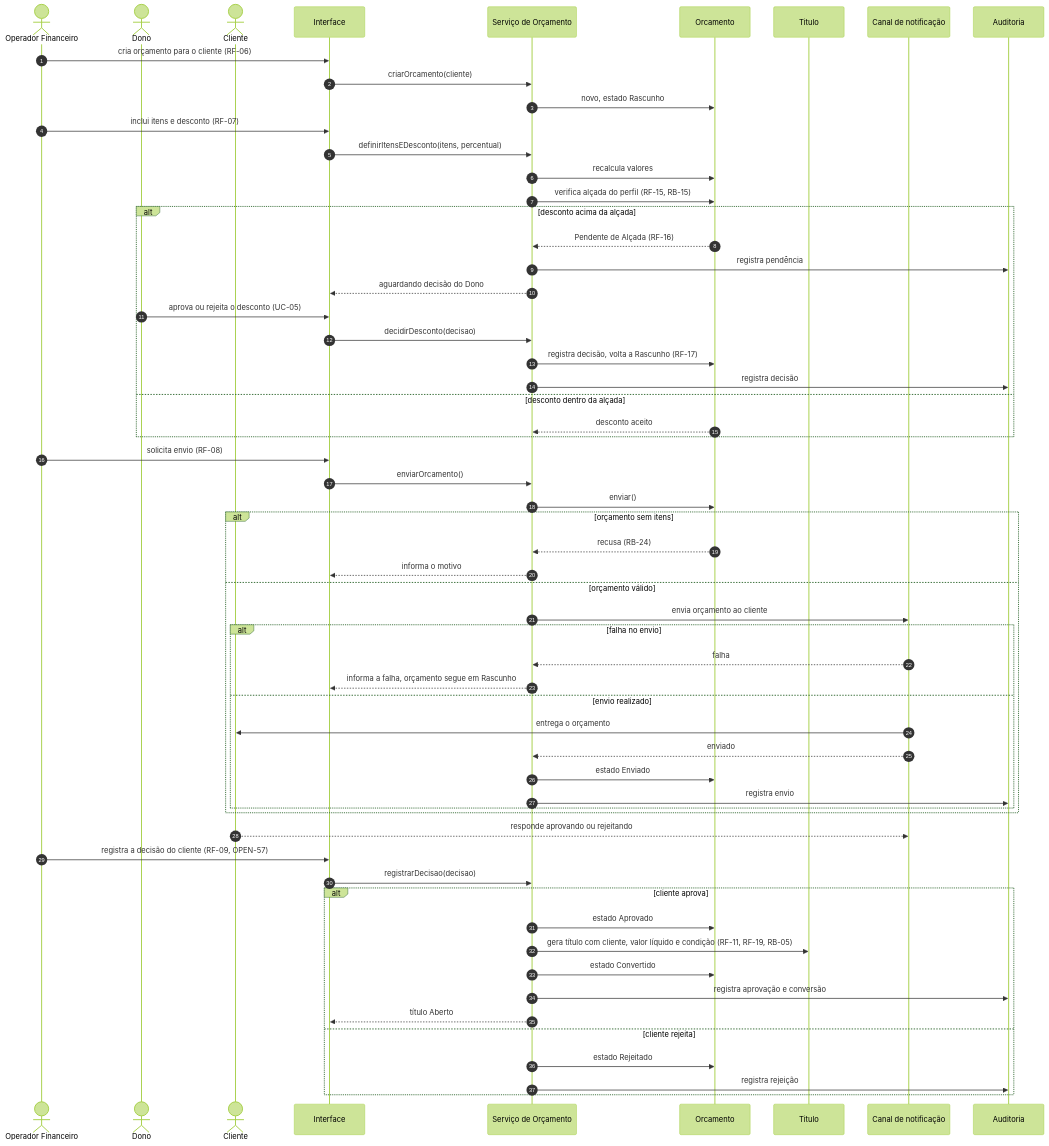
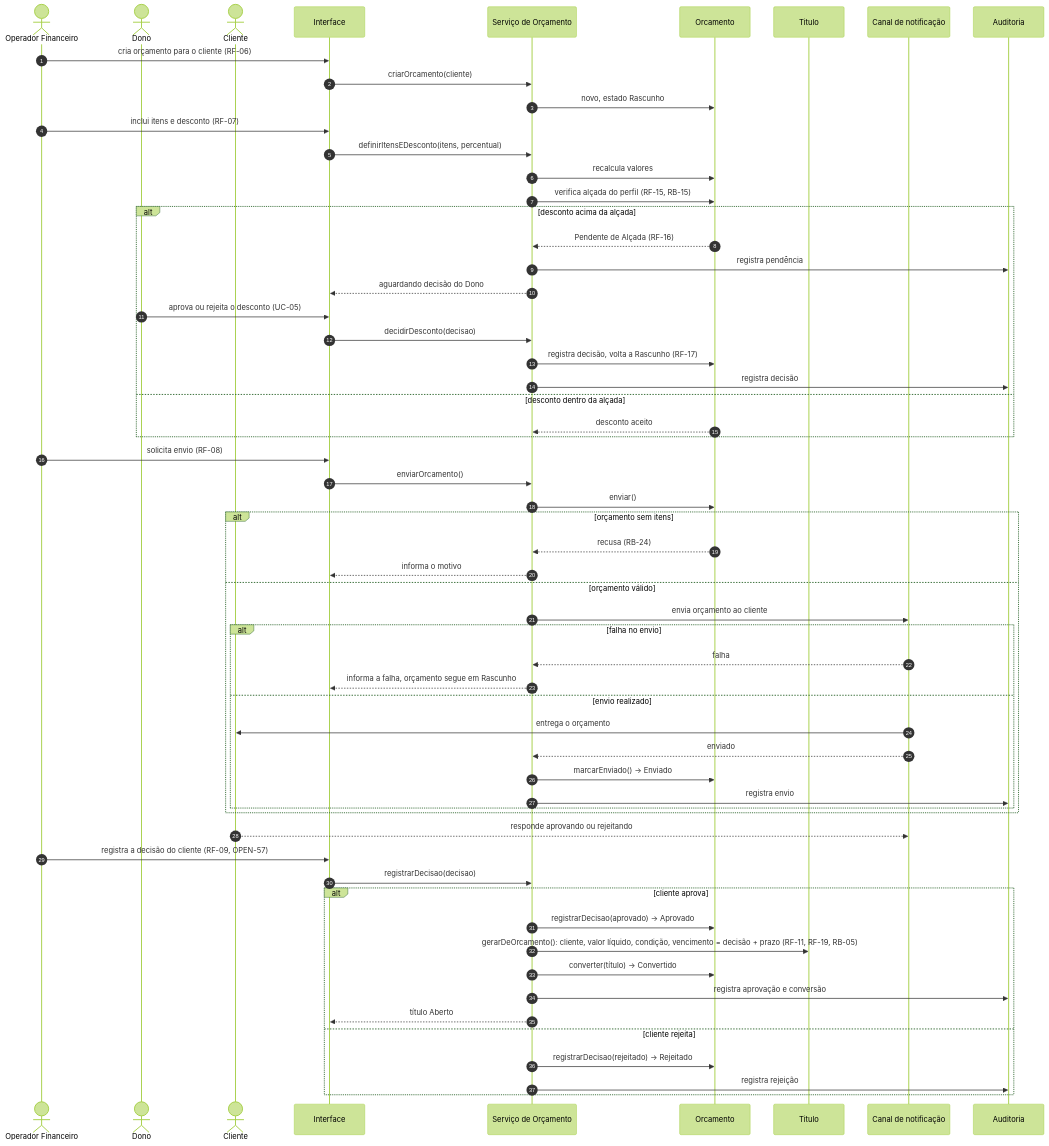
The diagram in docs/casos-de-uso/UC-04-conduzir-orcamento-ate-o-titulo.md (pedroguerra0603/Projeto_RemindMe), drawn with Mermaid (forest theme) before and after one commit. The commit also changed 13 other files, not shown here.

````diff
--- a/docs/casos-de-uso/UC-04-conduzir-orcamento-ate-o-titulo.md
+++ b/docs/casos-de-uso/UC-04-conduzir-orcamento-ate-o-titulo.md
@@ -53,68 +53,68 @@
 ```mermaid
 sequenceDiagram
     autonumber
     actor Operador as Operador Financeiro
     actor Dono
     actor Cliente
     participant UI as Interface
     participant App as Serviço de Orçamento
     participant Orc as Orcamento
     participant Tit as Titulo
     participant Canal as Canal de notificação
     participant Aud as Auditoria
 
     Operador->>UI: cria orçamento para o cliente (RF-06)
     UI->>App: criarOrcamento(cliente)
     App->>Orc: novo, estado Rascunho
     Operador->>UI: inclui itens e desconto (RF-07)
     UI->>App: definirItensEDesconto(itens, percentual)
     App->>Orc: recalcula valores
     App->>Orc: verifica alçada do perfil (RF-15, RB-15)
 
     alt desconto acima da alçada
         Orc-->>App: Pendente de Alçada (RF-16)
         App->>Aud: registra pendência
         App-->>UI: aguardando decisão do Dono
         Dono->>UI: aprova ou rejeita o desconto (UC-05)
         UI->>App: decidirDesconto(decisao)
         App->>Orc: registra decisão, volta a Rascunho (RF-17)
         App->>Aud: registra decisão
     else desconto dentro da alçada
         Orc-->>App: desconto aceito
     end
 
     Operador->>UI: solicita envio (RF-08)
     UI->>App: enviarOrcamento()
     App->>Orc: enviar()
 
     alt orçamento sem itens
         Orc-->>App: recusa (RB-24)
         App-->>UI: informa o motivo
     else orçamento válido
         App->>Canal: envia orçamento ao cliente
         alt falha no envio
             Canal-->>App: falha
             App-->>UI: informa a falha, orçamento segue em Rascunho
         else envio realizado
             Canal->>Cliente: entrega o orçamento
             Canal-->>App: enviado
-            App->>Orc: estado Enviado
+            App->>Orc: marcarEnviado() → Enviado
             App->>Aud: registra envio
         end
     end
 
     Cliente-->>Canal: responde aprovando ou rejeitando
     Operador->>UI: registra a decisão do cliente (RF-09, OPEN-57)
     UI->>App: registrarDecisao(decisao)
 
     alt cliente aprova
-        App->>Orc: estado Aprovado
-        App->>Tit: gera título com cliente, valor líquido e condição (RF-11, RF-19, RB-05)
-        App->>Orc: estado Convertido
+        App->>Orc: registrarDecisao(aprovado) → Aprovado
+        App->>Tit: gerarDeOrcamento(): cliente, valor líquido, condição, vencimento = decisão + prazo (RF-11, RF-19, RB-05)
+        App->>Orc: converter(título) → Convertido
         App->>Aud: registra aprovação e conversão
         App-->>UI: título Aberto
     else cliente rejeita
-        App->>Orc: estado Rejeitado
+        App->>Orc: registrarDecisao(rejeitado) → Rejeitado
         App->>Aud: registra rejeição
     end
 ```
````
